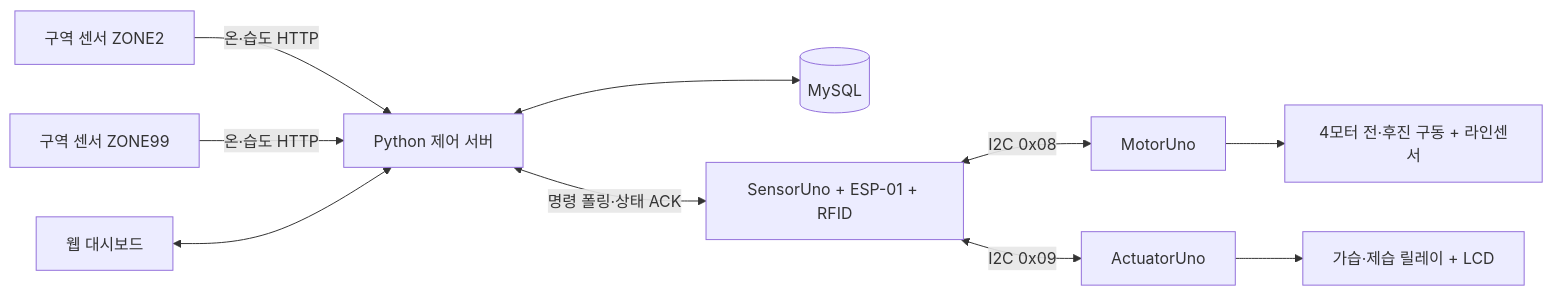
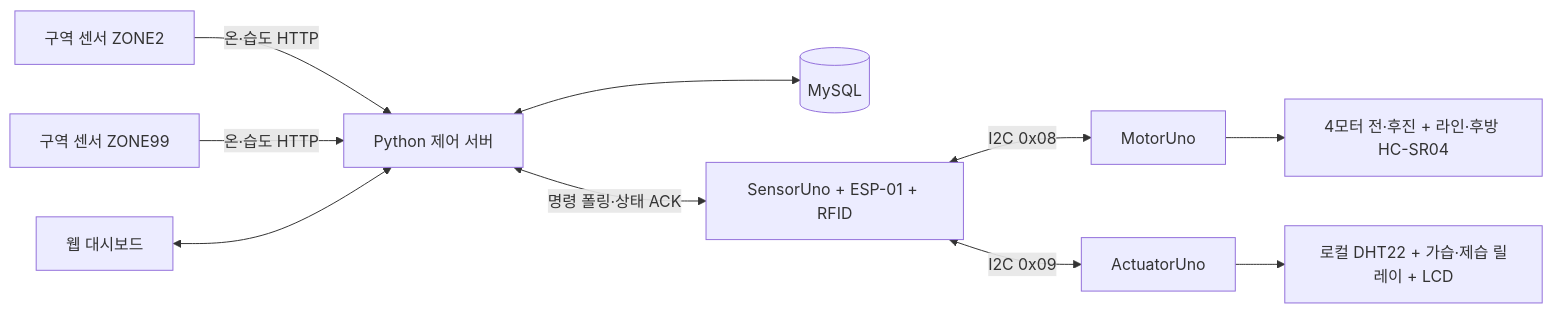
The diagram in README.md (oioihoihoih/mobile-humidity-control-robot), drawn with Mermaid before and after one commit. The commit also changed other lines of this file and 32 other files, not shown here.

````diff
--- a/README.md
+++ b/README.md
@@ -37,12 +37,12 @@
 ```mermaid
 flowchart LR
     Z2[구역 센서 ZONE2] -->|온·습도 HTTP| API[Python 제어 서버]
     Z99[구역 센서 ZONE99] -->|온·습도 HTTP| API
     API <--> DB[(MySQL)]
     UI[웹 대시보드] <--> API
     API <-->|명령 폴링·상태 ACK| SENSOR[SensorUno + ESP-01 + RFID]
     SENSOR <-->|I2C 0x08| MOTOR[MotorUno]
     SENSOR <-->|I2C 0x09| ACT[ActuatorUno]
-    MOTOR --> DRIVE[4모터 전·후진 구동 + 라인센서]
-    ACT --> OUTPUT[가습·제습 릴레이 + LCD]
+    MOTOR --> DRIVE[4모터 전·후진 + 라인·후방 HC-SR04]
+    ACT --> OUTPUT[로컬 DHT22 + 가습·제습 릴레이 + LCD]
 ```
````
